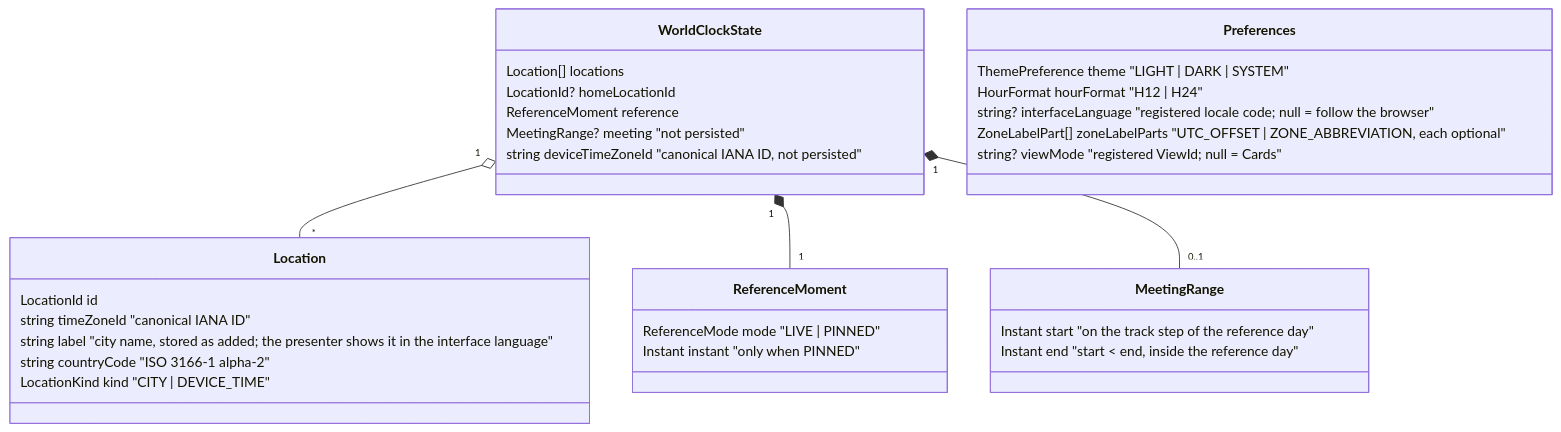
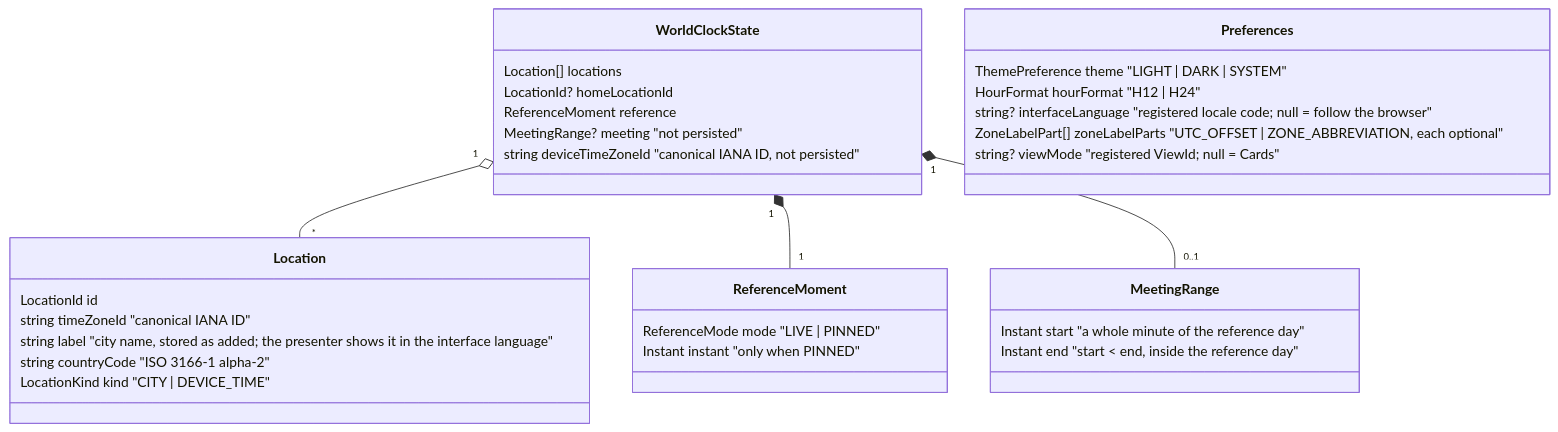
Before and after one commit to oinsio/time-zones: the first of 2 diagrams in docs/architecture/domain-model.md, drawn with Mermaid. The commit also changed other lines of this file and 78 other files, not shown here.

````diff
--- a/docs/architecture/domain-model.md
+++ b/docs/architecture/domain-model.md
@@ -7,35 +7,35 @@
 ```mermaid
 classDiagram
     class WorldClockState {
         Location[] locations
         LocationId? homeLocationId
         ReferenceMoment reference
         MeetingRange? meeting "not persisted"
         string deviceTimeZoneId "canonical IANA ID, not persisted"
     }
     class Location {
         LocationId id
         string timeZoneId  "canonical IANA ID"
         string label       "city name, stored as added; the presenter shows it in the interface language"
         string countryCode "ISO 3166-1 alpha-2"
         LocationKind kind  "CITY | DEVICE_TIME"
     }
     class ReferenceMoment {
         ReferenceMode mode  "LIVE | PINNED"
         Instant instant     "only when PINNED"
     }
     class MeetingRange {
-        Instant start  "on the track step of the reference day"
+        Instant start  "a whole minute of the reference day"
         Instant end    "start < end, inside the reference day"
     }
     class Preferences {
         ThemePreference theme  "LIGHT | DARK | SYSTEM"
         HourFormat hourFormat  "H12 | H24"
         string? interfaceLanguage "registered locale code; null = follow the browser"
         ZoneLabelPart[] zoneLabelParts "UTC_OFFSET | ZONE_ABBREVIATION, each optional"
         string? viewMode       "registered ViewId; null = Cards"
     }
     WorldClockState "1" o-- "*" Location
     WorldClockState "1" *-- "1" ReferenceMoment
     WorldClockState "1" *-- "0..1" MeetingRange
 ```
````
